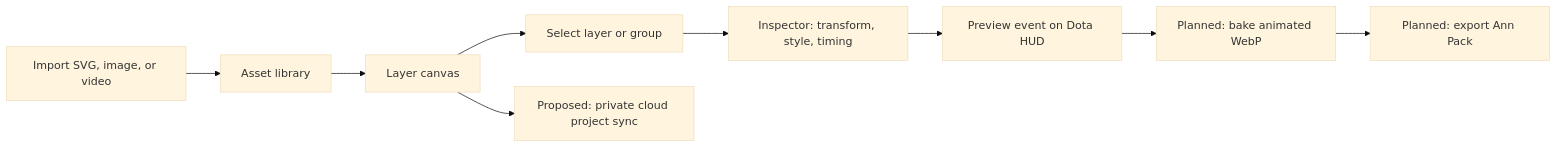
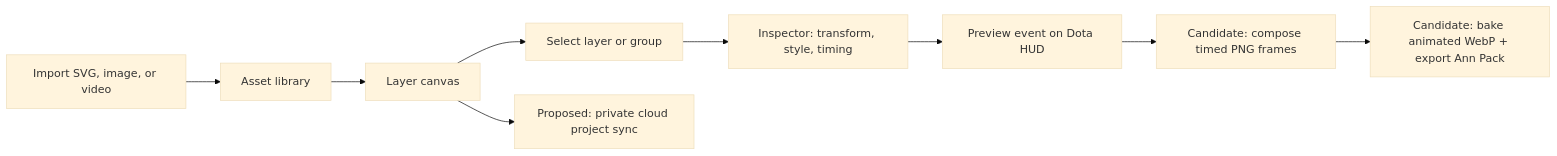
Before and after one commit to Freshair129/G-Suite: the diagram in packages/ann-studio/docs/g-overlay-lab-figma-editor-spec.md, drawn with Mermaid (base theme). The commit also changed other lines of this file and 12 other files, not shown here.

````diff
--- a/packages/ann-studio/docs/g-overlay-lab-figma-editor-spec.md
+++ b/packages/ann-studio/docs/g-overlay-lab-figma-editor-spec.md
@@ -31,11 +31,11 @@
 ```mermaid
 flowchart LR
   A[Import SVG, image, or video] --> B[Asset library]
   B --> C[Layer canvas]
   C --> D[Select layer or group]
   D --> E[Inspector: transform, style, timing]
   E --> F[Preview event on Dota HUD]
-  F --> G[Planned: bake animated WebP]
-  G --> H[Planned: export Ann Pack]
+  F --> G[Candidate: compose timed PNG frames]
+  G --> H[Candidate: bake animated WebP + export Ann Pack]
   C --> I[Proposed: private cloud project sync]
 ```
````
